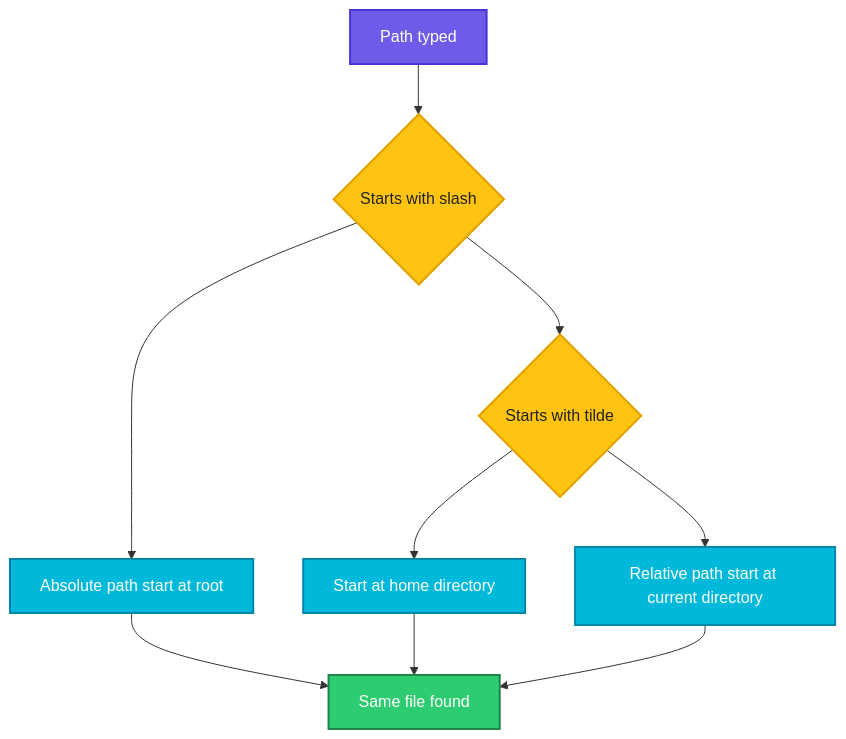
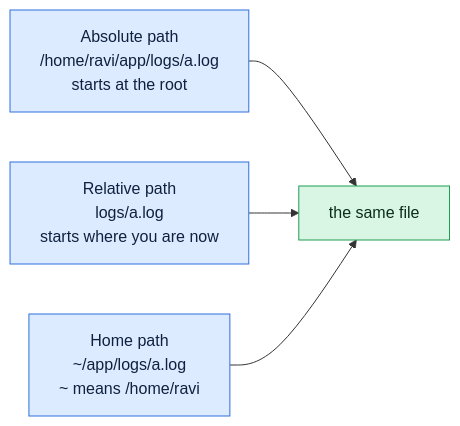
The diagram in linux/fundamentals/05-paths.md (codeKerdosTech/DevOps-Documentation), drawn with Mermaid before and after one commit. The commit also changed other lines of this file and 165 other files, not shown here.

Commit message:
updated diagrams in linux

````diff
--- a/linux/fundamentals/05-paths.md
+++ b/linux/fundamentals/05-paths.md
@@ -18,20 +18,13 @@
 ```mermaid
-flowchart TD
-    A[Path typed] --> B{Starts with slash}
-    B --> C[Absolute path start at root]
-    B --> D{Starts with tilde}
-    D --> E[Start at home directory]
-    D --> F[Relative path start at current directory]
-    C --> G[Same file found]
-    E --> G
-    F --> G
-    classDef start fill:#6C5CE7,stroke:#4834D4,stroke-width:2px,color:#fff
-    classDef proc fill:#00B8D9,stroke:#0087A8,stroke-width:2px,color:#fff
-    classDef dec fill:#FFC312,stroke:#E1A100,stroke-width:2px,color:#222
-    classDef ok fill:#2ECC71,stroke:#1E8449,stroke-width:2px,color:#fff
-    classDef out fill:#FD79A8,stroke:#E84393,stroke-width:2px,color:#fff
-    class A start
-    class B,D dec
-    class C,E,F proc
-    class G ok
+flowchart LR
+    i1[Absolute path<br/>/home/ravi/app/logs/a.log<br/>starts at the root] --> o1[the same file]
+    i2[Relative path<br/>logs/a.log<br/>starts where you are now] --> o1
+    i3[Home path<br/>~/app/logs/a.log<br/>~ means /home/ravi] --> o1
+    classDef inp fill:#DCEBFF,stroke:#2F6FDE,color:#10213F
+    classDef cmd fill:#FFF0C2,stroke:#C98A00,color:#3A2A00
+    classDef out fill:#D9F5E3,stroke:#1F9D55,color:#0B2E1A
+    classDef bad fill:#FDE0E0,stroke:#D13B3B,color:#4A0F0F
+    classDef note fill:#ECEFF3,stroke:#7B8794,color:#1F2933
+    class i1,i2,i3 inp
+    class o1 out
 ```
````
